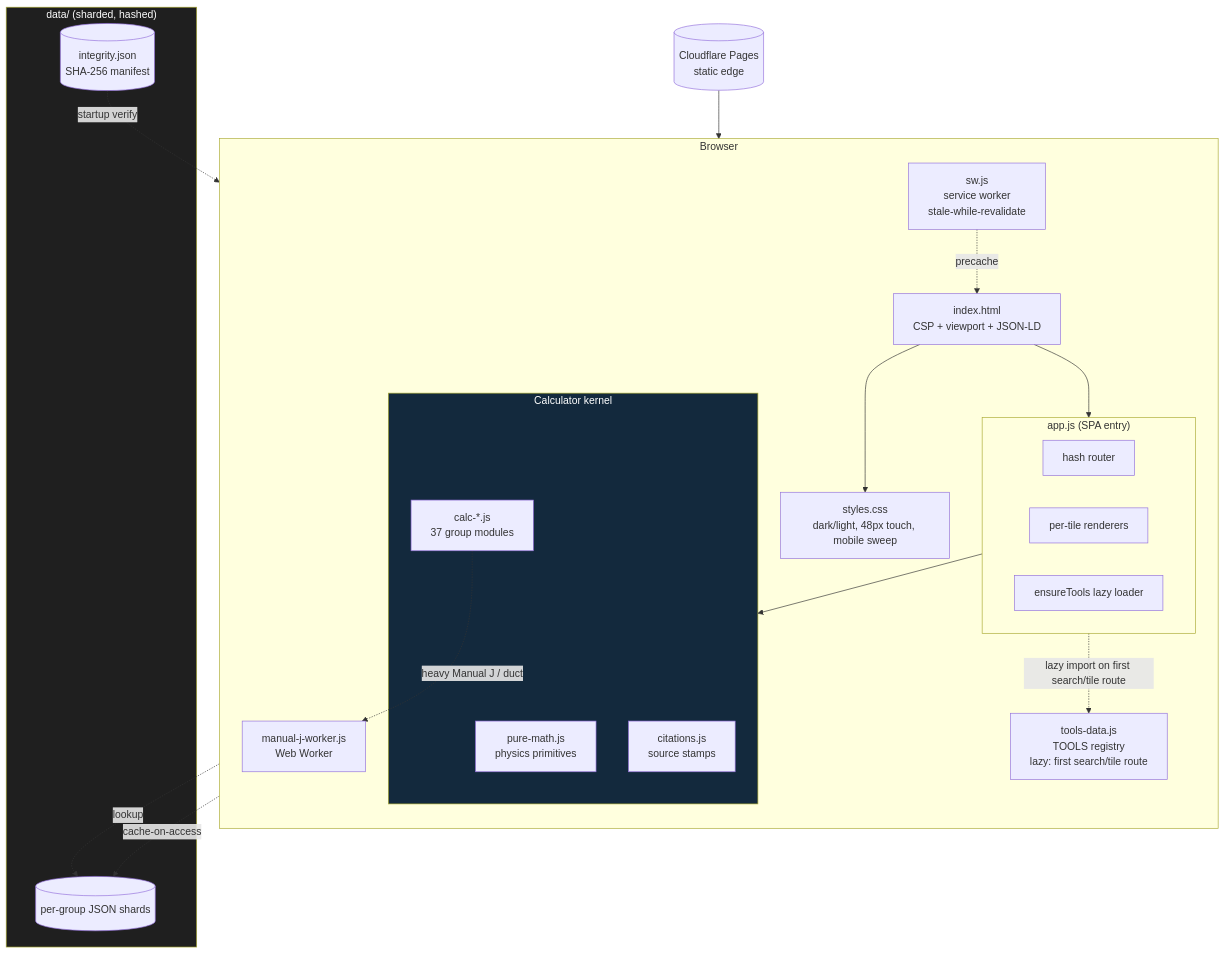
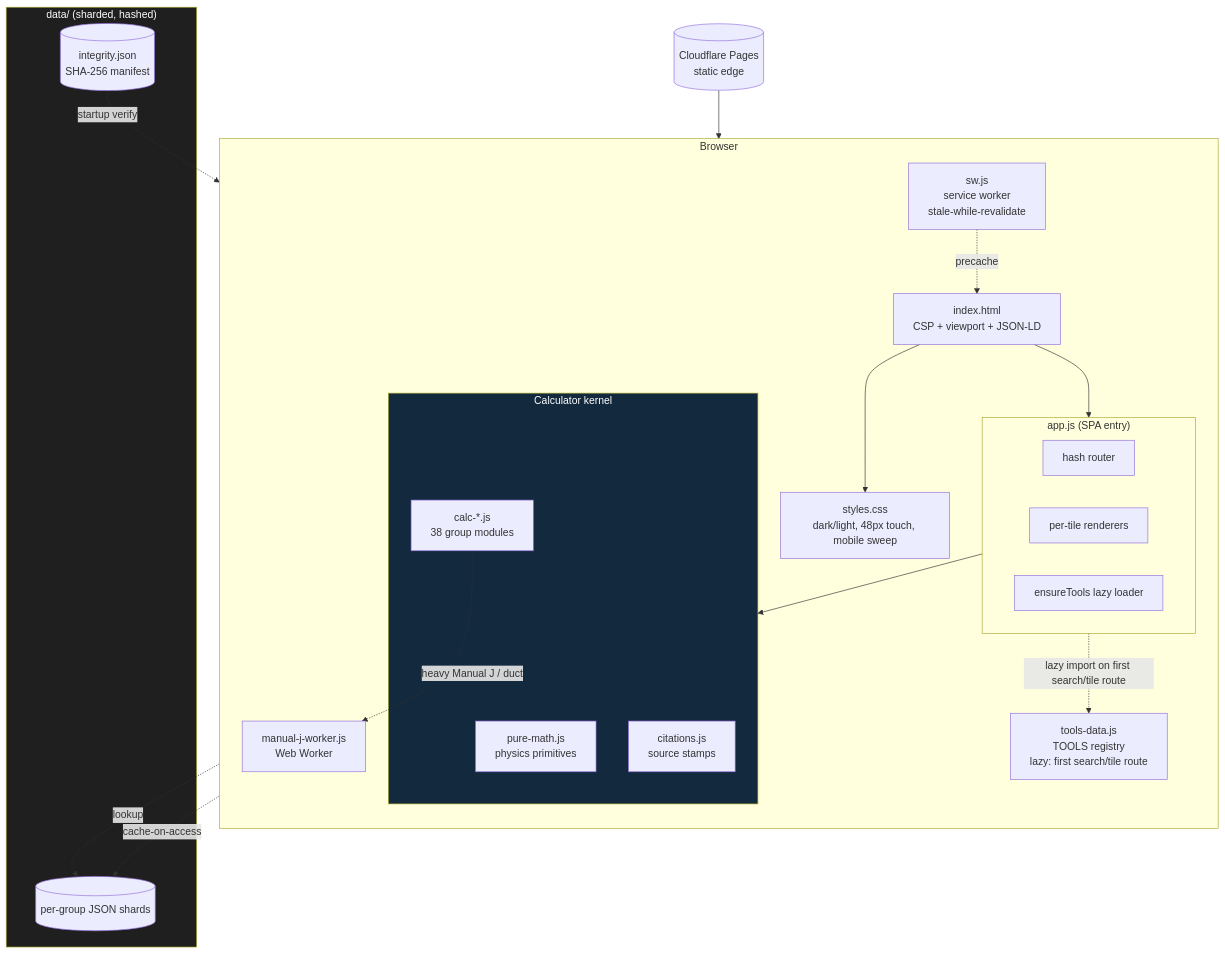
Before and after one commit to clay-good/roughlogic.com: the second of 8 diagrams in README.md, drawn with Mermaid. The commit also changed other lines of this file and 17 other files, not shown here.

Commit message:
refactor(modules): spec-v75 cap-relief split -- treatment bench -> new calc-treatment.js (0.63.5->0.63.6, catalog holds 624)

````diff
--- a/README.md
+++ b/README.md
@@ -77,39 +77,39 @@
 ```mermaid
 flowchart TB
     subgraph Browser
         direction TB
         HTML[index.html\nCSP + viewport + JSON-LD]
         CSS[styles.css\ndark/light, 48px touch, mobile sweep]
         subgraph App["app.js (SPA entry)"]
             ROUTE[hash router]
             RENDER[per-tile renderers]
             ENSURE[ensureTools lazy loader]
         end
         TOOLS[tools-data.js\nTOOLS registry\nlazy: first search/tile route]
         subgraph Calc["Calculator kernel"]
             PM[pure-math.js\nphysics primitives]
-            CALC[calc-*.js\n37 group modules]
+            CALC[calc-*.js\n38 group modules]
             CIT[citations.js\nsource stamps]
         end
         SW[sw.js\nservice worker\nstale-while-revalidate]
         WORKER[manual-j-worker.js\nWeb Worker]
     end
     subgraph Data["data/ (sharded, hashed)"]
         SHARDS[(per-group JSON shards)]
         INTEG[(integrity.json\nSHA-256 manifest)]
     end
     CDN[(Cloudflare Pages\nstatic edge)]
 
     CDN --> HTML
     HTML --> CSS
     HTML --> App
     App -.lazy import on first search/tile route.-> TOOLS
     App --> Calc
     CALC -.->|heavy Manual J / duct| WORKER
     CALC -.->|lookup| SHARDS
     SW -.precache.-> HTML
     SW -.cache-on-access.-> SHARDS
     INTEG -.startup verify.-> App
     style Calc fill:#13293d,color:#fff
     style Data fill:#1f1f1f,color:#fff
 ```
````
